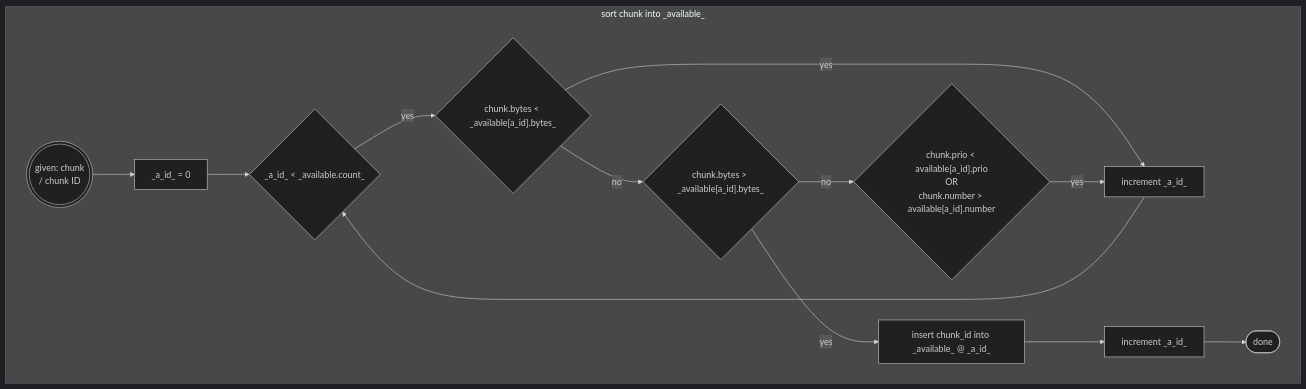
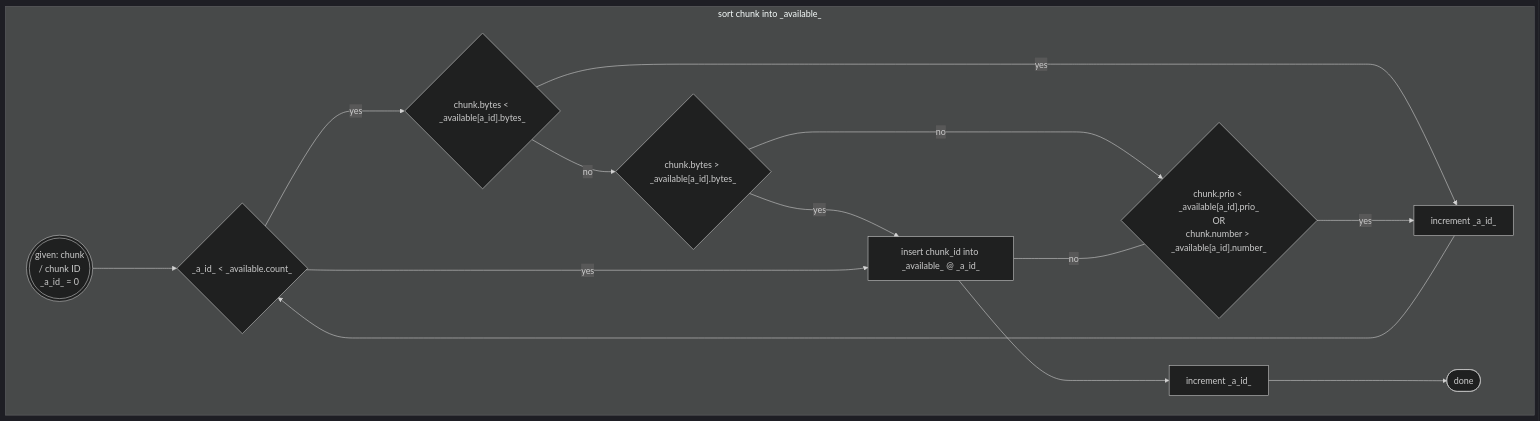
The fifth of 8 diagrams in docs/Algorithm.md (the-Obsessed-Maniacs/ChunkDistributor), drawn with Mermaid (dark theme) before and after one commit. The commit also changed other lines of this file and 1 other file, not shown here.

````diff
--- a/docs/Algorithm.md
+++ b/docs/Algorithm.md
@@ -95,15 +104,20 @@
 ```mermaid
 flowchart
 	subgraph "sort chunk into _available_"
-        scstart((("given: chunk<br/>/ chunk ID")))-->
-		sc0["_a_id_ = 0"]-->
-		sc1{"_a_id_ < _available.count_"}-->
-        |yes|sc2{"chunk.bytes < _available[a_id].bytes_"}-->
-        |yes|scl["increment _a_id_"]-->sc1
-        sc2-->|no|sc3{"chunk.bytes > _available[a_id].bytes_"}-->
-        |no|sc4{"chunk.prio < available[a_id].prio<br/>OR<br/>chunk.number > available[a_id].number"}-->|yes|scl
-        sc3-->|yes|sci0["insert chunk_id into _available_ @ _a_id_"]-->
-        sci1["increment _a_id_"]-->
-        scend(["done"])
+        scstart((("given: chunk<br/>/ chunk ID<br/>_a_id_ = 0")))--->
+		sc1{"_a_id_ < _available.count_"}--->
+        |yes|sc2{"chunk.bytes < _available[a_id].bytes_"}--->
+        |yes|sc3["increment _a_id_"]--->sc1
+
+        sc2-->|no|sc4{"chunk.bytes > _available[a_id].bytes_"}--->
+        |no|sc5{"chunk.prio < _available[a_id].prio_<br/>OR<br/>chunk.number > _available[a_id].number_"}--->
+        |yes|sc3
+
+        sc4--->|yes|sci0["insert chunk_id into _available_ @ _a_id_"]--->
+        sci1["increment _a_id_"]--->scend(["done"])
+
+        sc1--->|yes|sci0
+
+        sci0 <---|no|sc5
 	end
 ```
````
